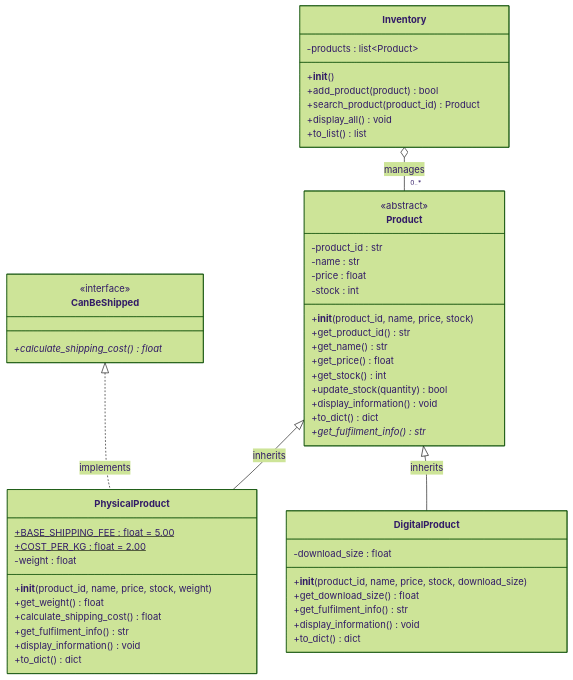
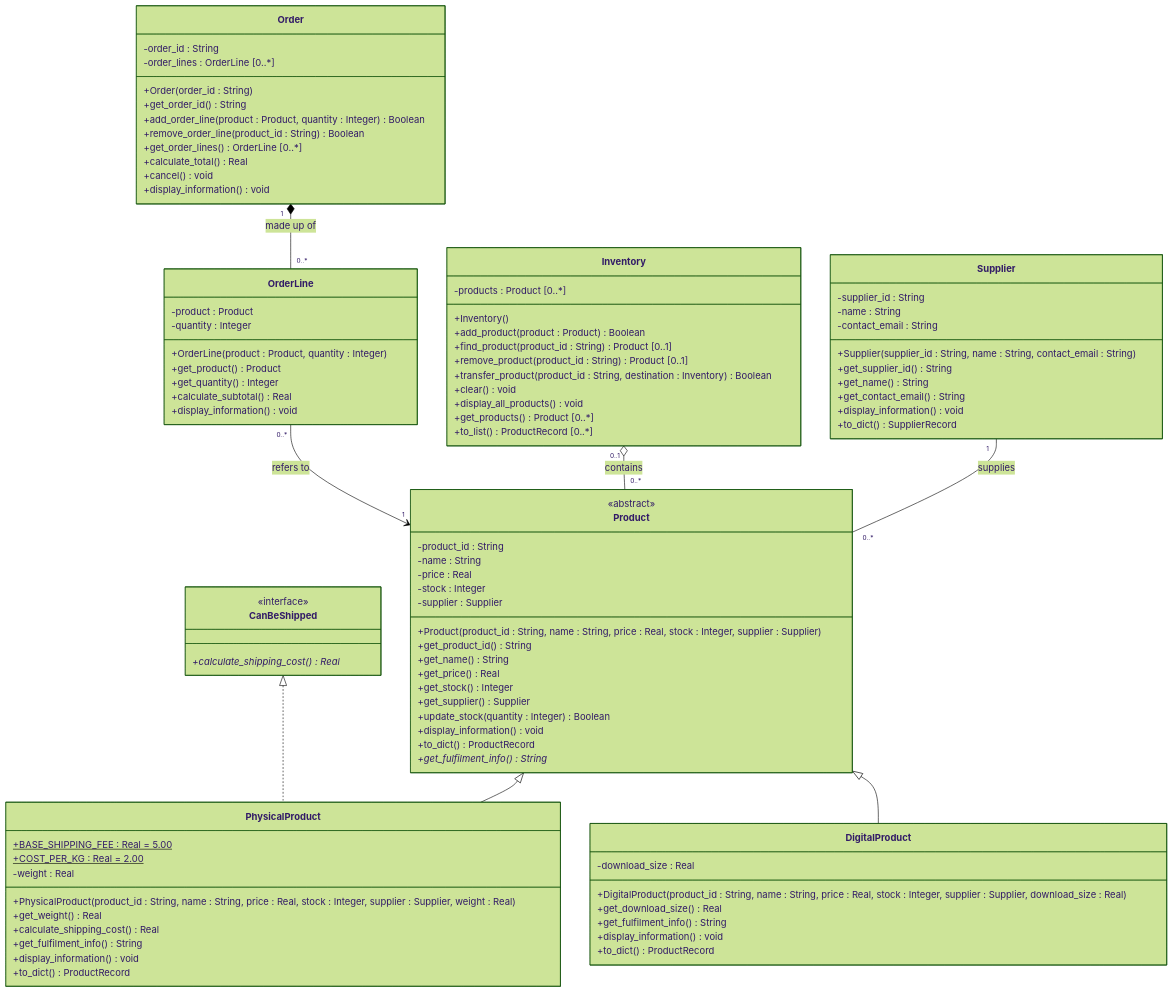
Before and after one commit to SITeuggs/inf1103-labs: the diagram in docs/uml_class_diagram.md, drawn with Mermaid (forest theme). The commit also changed other lines of this file, not shown here.

Commit message:
Updated: UML class diagram with association, aggregation, composition and types

````diff
--- a/docs/uml_class_diagram.md
+++ b/docs/uml_class_diagram.md
@@ -4,60 +4,113 @@
 classDiagram
     direction TB
 
+    class Supplier {
+        -supplier_id : String
+        -name : String
+        -contact_email : String
+        +Supplier(supplier_id : String, name : String, contact_email : String)
+        +get_supplier_id() String
+        +get_name() String
+        +get_contact_email() String
+        +display_information() void
+        +to_dict() SupplierRecord
+    }
+
     class Product {
         <<abstract>>
-        -product_id : str
-        -name : str
-        -price : float
-        -stock : int
-        +__init__(product_id, name, price, stock)
-        +get_product_id() str
-        +get_name() str
-        +get_price() float
-        +get_stock() int
-        +update_stock(quantity) bool
+        -product_id : String
+        -name : String
+        -price : Real
+        -stock : Integer
+        -supplier : Supplier
+        +Product(product_id : String, name : String, price : Real, stock : Integer, supplier : Supplier)
+        +get_product_id() String
+        +get_name() String
+        +get_price() Real
+        +get_stock() Integer
+        +get_supplier() Supplier
+        +update_stock(quantity : Integer) Boolean
         +display_information() void
-        +to_dict() dict
-        +get_fulfilment_info()* str
+        +to_dict() ProductRecord
+        +get_fulfilment_info()* String
     }
 
     class CanBeShipped {
         <<interface>>
-        +calculate_shipping_cost()* float
+        +calculate_shipping_cost()* Real
     }
 
     class PhysicalProduct {
-        +BASE_SHIPPING_FEE : float = 5.00$
-        +COST_PER_KG : float = 2.00$
-        -weight : float
-        +__init__(product_id, name, price, stock, weight)
-        +get_weight() float
-        +calculate_shipping_cost() float
-        +get_fulfilment_info() str
+        +BASE_SHIPPING_FEE : Real = 5.00$
+        +COST_PER_KG : Real = 2.00$
+        -weight : Real
+        +PhysicalProduct(product_id : String, name : String, price : Real, stock : Integer, supplier : Supplier, weight : Real)
+        +get_weight() Real
+        +calculate_shipping_cost() Real
+        +get_fulfilment_info() String
         +display_information() void
-        +to_dict() dict
+        +to_dict() ProductRecord
     }
 
     class DigitalProduct {
-        -download_size : float
-        +__init__(product_id, name, price, stock, download_size)
-        +get_download_size() float
-        +get_fulfilment_info() str
+        -download_size : Real
+        +DigitalProduct(product_id : String, name : String, price : Real, stock : Integer, supplier : Supplier, download_size : Real)
+        +get_download_size() Real
+        +get_fulfilment_info() String
         +display_information() void
-        +to_dict() dict
+        +to_dict() ProductRecord
     }
 
     class Inventory {
-        -products : list~Product~
-        +__init__()
-        +add_product(product) bool
-        +search_product(product_id) Product
-        +display_all() void
-        +to_list() list
+        -products : Product [0..*]
+        +Inventory()
+        +add_product(product : Product) Boolean
+        +find_product(product_id : String) Product [0..1]
+        +remove_product(product_id : String) Product [0..1]
+        +transfer_product(product_id : String, destination : Inventory) Boolean
+        +clear() void
+        +display_all_products() void
+        +get_products() Product [0..*]
+        +to_list() ProductRecord [0..*]
     }
 
-    Product <|-- PhysicalProduct : inherits
-    Product <|-- DigitalProduct : inherits
-    CanBeShipped <|.. PhysicalProduct : implements
-    Inventory o-- "0..*" Product : manages
+    class Order {
+        -order_id : String
+        -order_lines : OrderLine [0..*]
+        +Order(order_id : String)
+        +get_order_id() String
+        +add_order_line(product : Product, quantity : Integer) Boolean
+        +remove_order_line(product_id : String) Boolean
+        +get_order_lines() OrderLine [0..*]
+        +calculate_total() Real
+        +cancel() void
+        +display_information() void
+    }
+
+    class OrderLine {
+        -product : Product
+        -quantity : Integer
+        +OrderLine(product : Product, quantity : Integer)
+        +get_product() Product
+        +get_quantity() Integer
+        +calculate_subtotal() Real
+        +display_information() void
+    }
+
+    %% Inheritance / generalisation (is-a) and interface realisation
+    Product <|-- PhysicalProduct
+    Product <|-- DigitalProduct
+    CanBeShipped <|.. PhysicalProduct
+
+    %% Association: each Product has one Supplier; a Supplier supplies any number of Products
+    Supplier "1" -- "0..*" Product : supplies
+
+    %% Aggregation: an Inventory holds Products, but a Product can exist outside any Inventory
+    Inventory "0..1" o-- "0..*" Product : contains
+
+    %% Composition: an Order creates and owns its OrderLines
+    Order "1" *-- "0..*" OrderLine : made up of
+
+    %% Association: each OrderLine refers to one Product (but does not own it)
+    OrderLine "0..*" --> "1" Product : refers to
 ```
````
